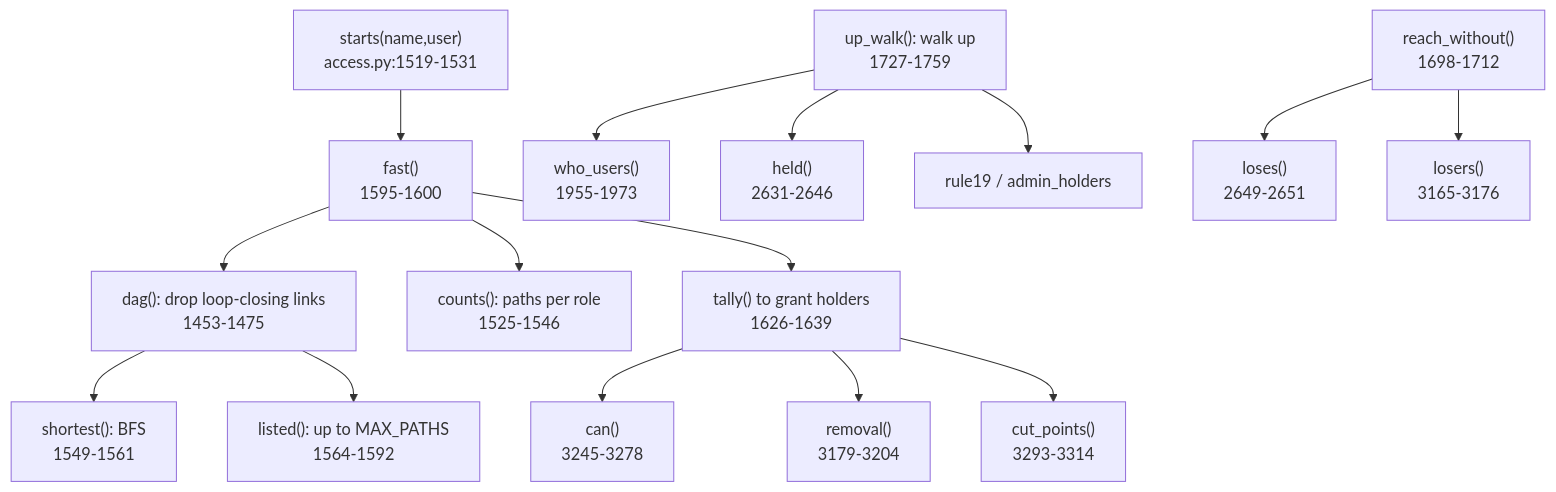
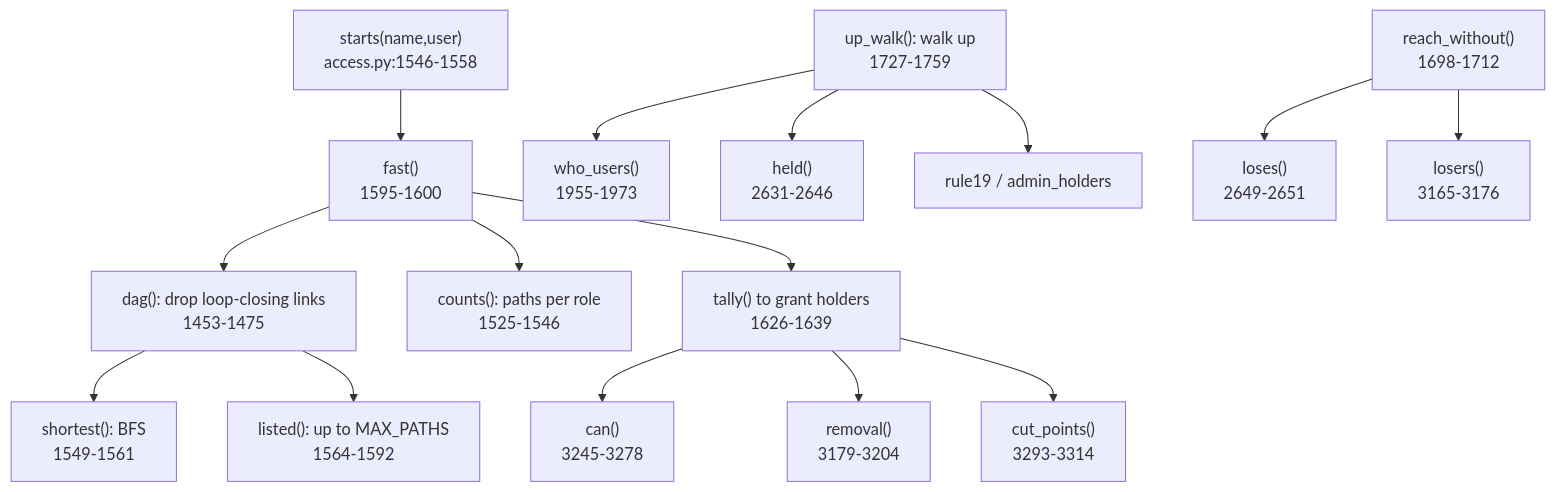
Before and after one commit to darshanmeel/snowflake-access-explorer: the diagram in snowflake-access-explorer-knowledge-graph/logic/walks.md, drawn with Mermaid. The commit also changed other lines of this file and 88 other files, not shown here.

First line of the commit message:
Knowledge graph and docs for the access log; per-day charts by user, role, client, statement, R/W/DDL, object kind

````diff
--- a/snowflake-access-explorer-knowledge-graph/logic/walks.md
+++ b/snowflake-access-explorer-knowledge-graph/logic/walks.md
@@ -6,17 +6,17 @@
 ```mermaid
 flowchart TD
-  ST["starts(name,user)<br/>access.py:1519-1531"] --> FA["fast()<br/>1595-1600"]
+  ST["starts(name,user)<br/>access.py:1546-1558"] --> FA["fast()<br/>1595-1600"]
   FA --> DAG["dag(): drop loop-closing links<br/>1453-1475"]
   FA --> CNT["counts(): paths per role<br/>1525-1546"]
   DAG --> SH["shortest(): BFS<br/>1549-1561"]
   DAG --> LI["listed(): up to MAX_PATHS<br/>1564-1592"]
   FA --> TA["tally() to grant holders<br/>1626-1639"]
   TA --> CAN["can()<br/>3245-3278"]
   TA --> REM["removal()<br/>3179-3204"]
   TA --> CUT["cut_points()<br/>3293-3314"]
   UW["up_walk(): walk up<br/>1727-1759"] --> WU["who_users()<br/>1955-1973"]
   UW --> HE["held()<br/>2631-2646"]
   UW --> R19["rule19 / admin_holders"]
   RW["reach_without()<br/>1698-1712"] --> LO["loses()<br/>2649-2651"]
   RW --> LS["losers()<br/>3165-3176"]
 ```
````
